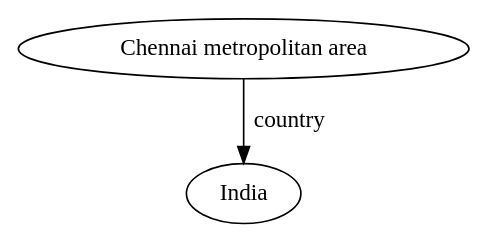
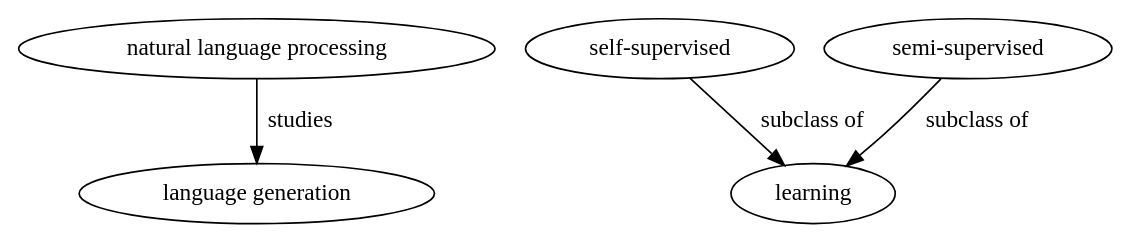
Before and after one commit to shrinivaasanka/asfer-github-code: the diagram in python-src/KnowledgeGraph.dot, drawn with Graphviz. The commit also changed 1050 other files, not shown here.

```diff
--- a/python-src/KnowledgeGraph.dot
+++ b/python-src/KnowledgeGraph.dot
@@ -1,5 +1,10 @@
 strict digraph  {
-"Chennai metropolitan area";
-India;
-"Chennai metropolitan area" -> India  [label=country];
+"natural language processing";
+"language generation";
+"self-supervised";
+learning;
+"semi-supervised";
+"natural language processing" -> "language generation"  [label=studies];
+"self-supervised" -> learning  [label="subclass of"];
+"semi-supervised" -> learning  [label="subclass of"];
 }
```
